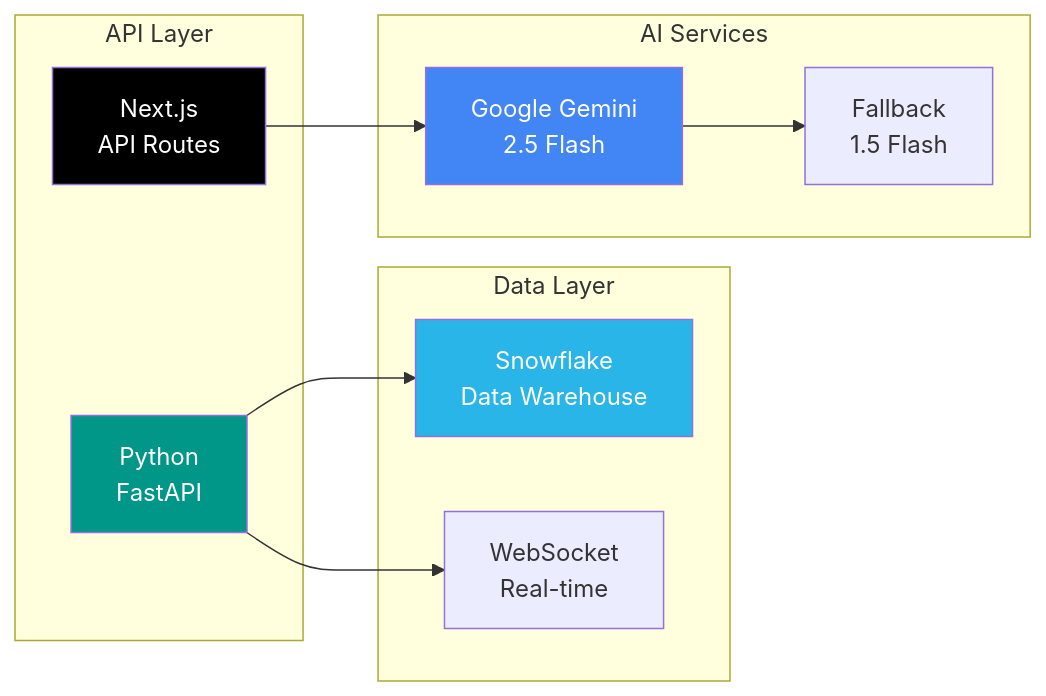
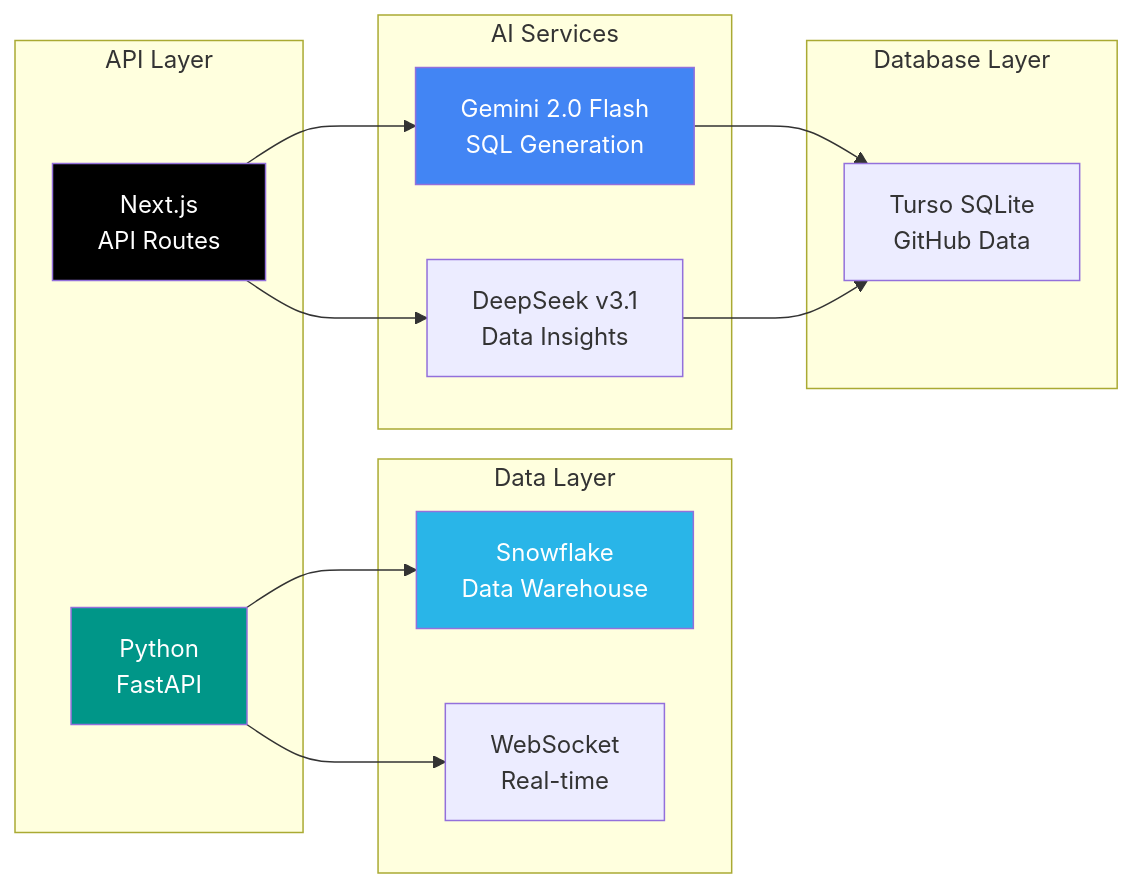
The second of 2 diagrams in README.md (idabaguspurwa/interactive-portfolio), drawn with Mermaid before and after one commit. The commit also changed other lines of this file and 16 other files, not shown here.

First line of the commit message:
feat: implement AI Data Explorer with dual AI architecture

````diff
--- a/README.md
+++ b/README.md
@@ -116,27 +125,33 @@
 ```mermaid
 graph LR
     subgraph "API Layer"
         A[Next.js<br/>API Routes] 
         B[Python<br/>FastAPI]
     end
     
     subgraph "Data Layer"
         C[Snowflake<br/>Data Warehouse]
         D[WebSocket<br/>Real-time]
     end
     
     subgraph "AI Services"
-        E[Google Gemini<br/>2.5 Flash]
-        F[Fallback<br/>1.5 Flash]
+        E[Gemini 2.0 Flash<br/>SQL Generation]
+        F[DeepSeek v3.1<br/>Data Insights]
+    end
+    
+    subgraph "Database Layer"
+        G[Turso SQLite<br/>GitHub Data]
     end
     
     A --> E
+    A --> F
     B --> C
     B --> D
-    E --> F
+    E --> G
+    F --> G
     
     style A fill:#000000,color:#ffffff
     style B fill:#009688,color:#ffffff
     style C fill:#29B5E8,color:#ffffff
     style E fill:#4285F4,color:#ffffff
 ```
````
